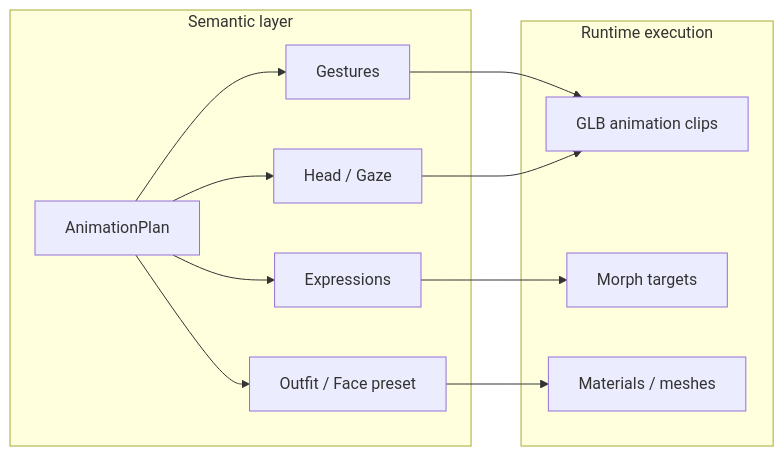
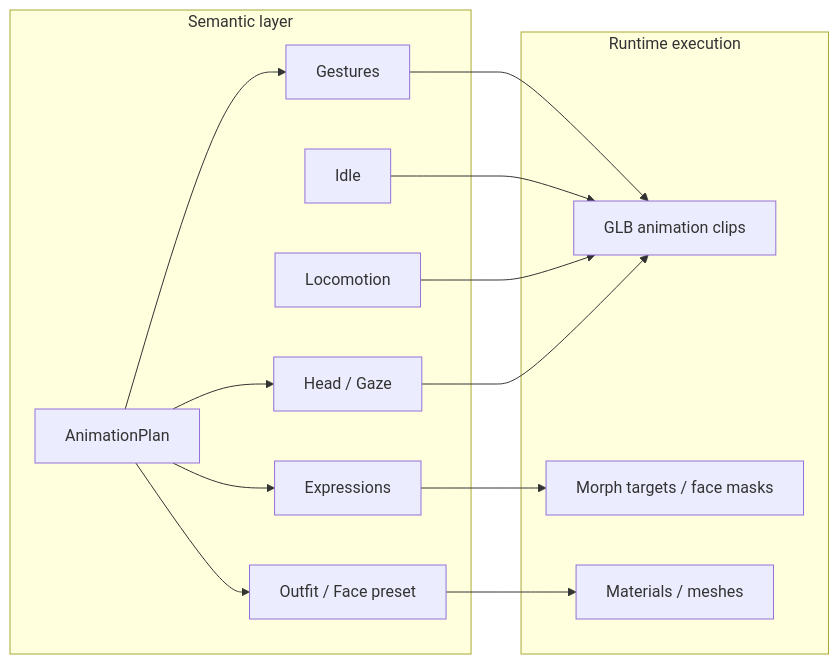
The seventh of 7 diagrams in docs/Overall_Architecture.md (HowardHarrison/3D_AI_Avatar), drawn with Mermaid before and after one commit. The commit also changed other lines of this file and 7 other files, not shown here.

Commit message:
[Edit & Add] architecture file in the project

````diff
--- a/docs/Overall_Architecture.md
+++ b/docs/Overall_Architecture.md
@@ -400,25 +451,29 @@
 ```mermaid
 flowchart LR
   subgraph Semantic["Semantic layer"]
     G[Gestures]
+    I[Idle]
+    L[Locomotion]
     E[Expressions]
     H[Head / Gaze]
     O[Outfit / Face preset]
     P[AnimationPlan]
   end
 
   subgraph Execution["Runtime execution"]
     CLIPS[GLB animation clips]
-    MORPHS[Morph targets]
+    MORPHS[Morph targets / face masks]
     MATS[Materials / meshes]
   end
 
   G --> CLIPS
+  I --> CLIPS
+  L --> CLIPS
   H --> CLIPS
   E --> MORPHS
   O --> MATS
   P --> G
   P --> E
   P --> H
   P --> O
 ```
````
